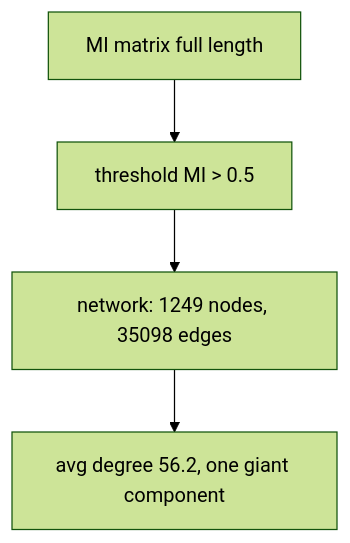
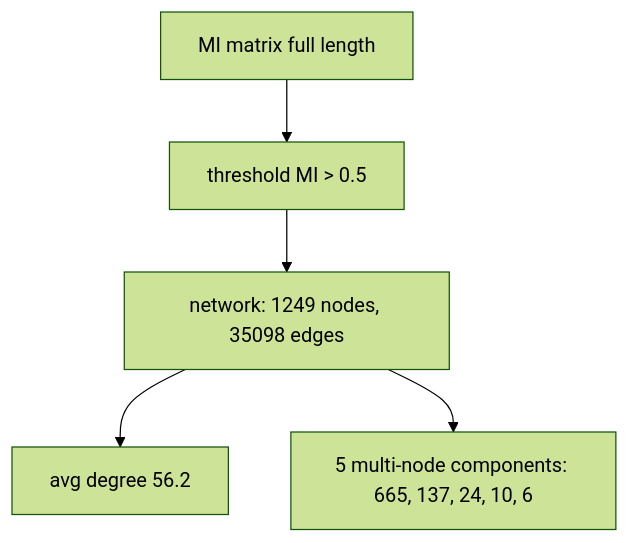
The diagram in My_Interpretation_of_the_Results/20_advanced_co-evolution_analysis.md (E-Motioner-X-SBS/co-evolution-analysis), drawn with Mermaid (forest theme) before and after one commit. The commit also changed other lines of this file and 21 other files, not shown here.

````diff
--- a/My_Interpretation_of_the_Results/20_advanced_co-evolution_analysis.md
+++ b/My_Interpretation_of_the_Results/20_advanced_co-evolution_analysis.md
@@ -22,6 +22,7 @@
 ```mermaid
 flowchart TD
     A[MI matrix full length] --> B[threshold MI > 0.5]
     B --> C[network: 1249 nodes, 35098 edges]
-    C --> D[avg degree 56.2, one giant component]
+    C --> D[avg degree 56.2]
+    C --> E[5 multi-node components: 665, 137, 24, 10, 6]
 ```
````
